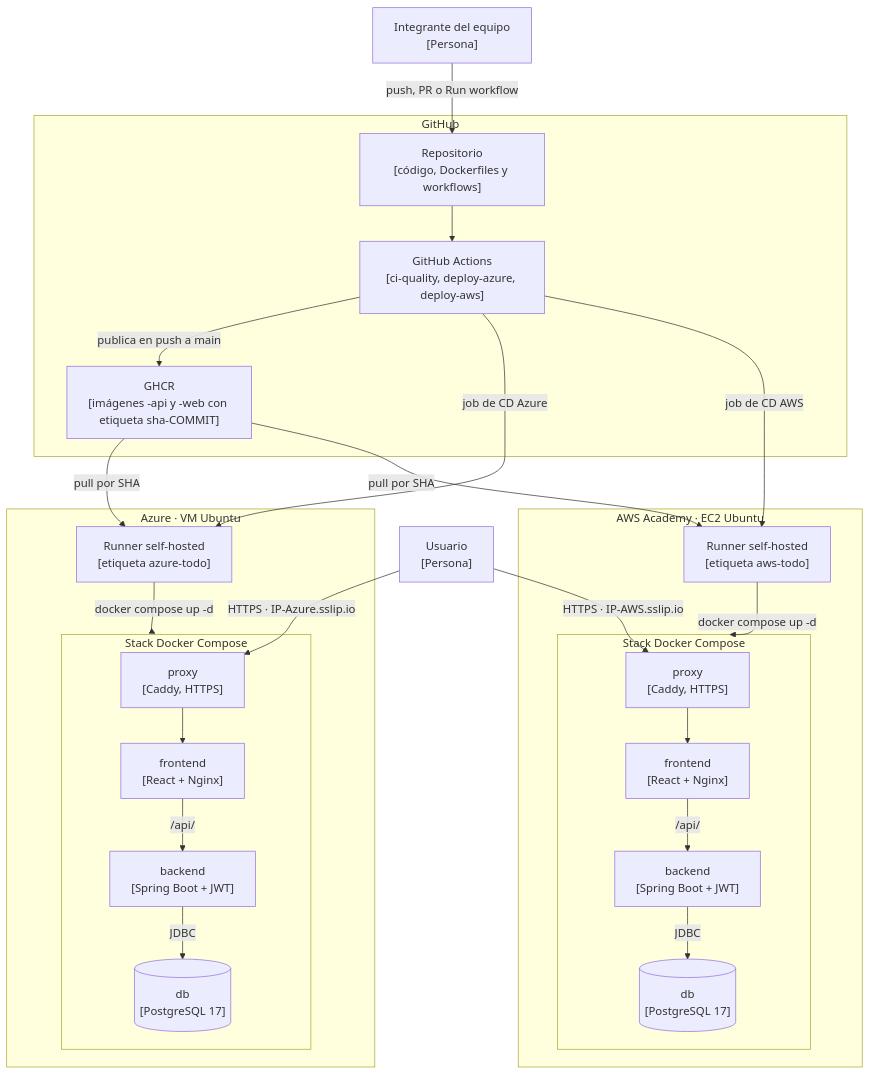
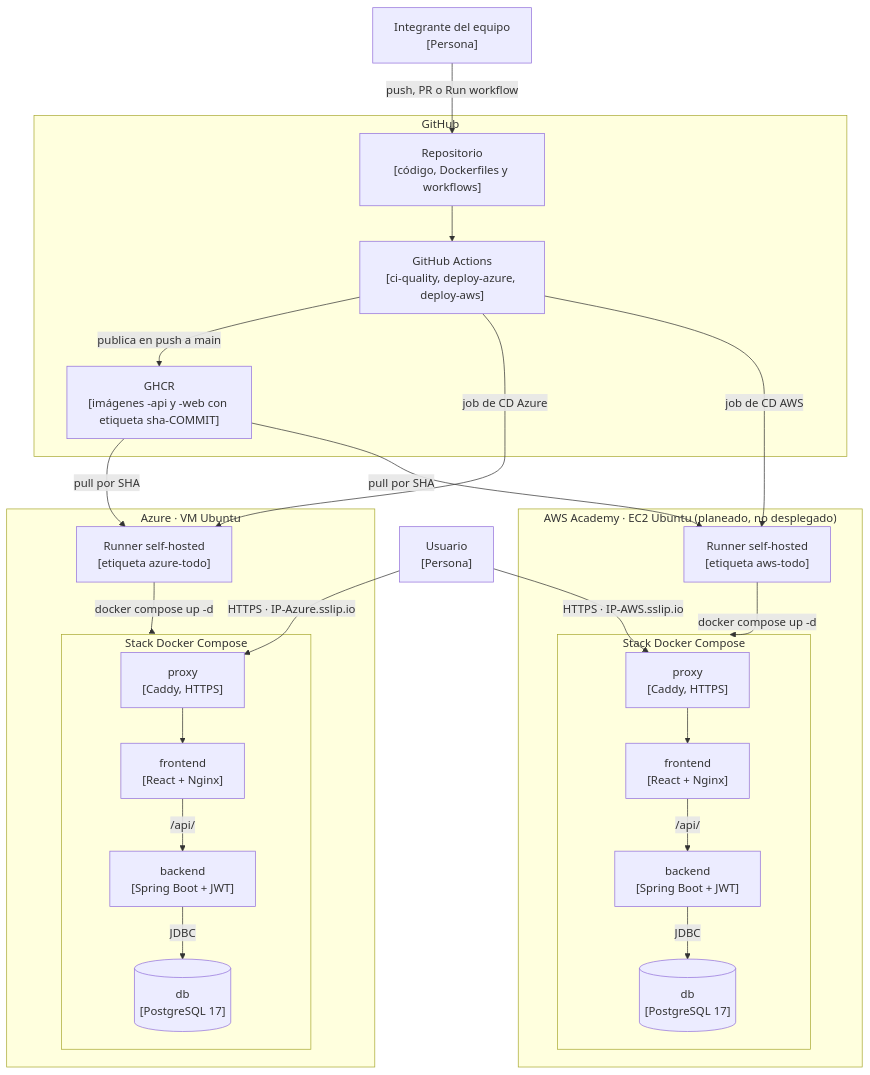
One commit to DOSW-2026-GAIA/DOSW_LAB7_Tovar_Solano_Rodriguez changed the ninth of 11 diagrams in README.md. Above: the diagram before and after it, drawn with Mermaid. The commit also changed other lines of this file and 1 other file, not shown here.

````diff
--- a/README.md
+++ b/README.md
@@ -676,50 +676,50 @@
 ```mermaid
 flowchart TB
     dev["Integrante del equipo<br/>[Persona]"]
     user["Usuario<br/>[Persona]"]
 
     subgraph gh["GitHub"]
         repo["Repositorio<br/>[código, Dockerfiles y workflows]"]
         actions["GitHub Actions<br/>[ci-quality, deploy-azure, deploy-aws]"]
         ghcr["GHCR<br/>[imágenes -api y -web con etiqueta sha-COMMIT]"]
     end
 
     subgraph az["Azure · VM Ubuntu"]
         azrunner["Runner self-hosted<br/>[etiqueta azure-todo]"]
         subgraph aznet["Stack Docker Compose"]
             azproxy["proxy<br/>[Caddy, HTTPS]"]
             azweb["frontend<br/>[React + Nginx]"]
             azapi["backend<br/>[Spring Boot + JWT]"]
             azdb[("db<br/>[PostgreSQL 17]")]
         end
     end
 
-    subgraph aws["AWS Academy · EC2 Ubuntu"]
+    subgraph aws["AWS Academy · EC2 Ubuntu (planeado, no desplegado)"]
         awsrunner["Runner self-hosted<br/>[etiqueta aws-todo]"]
         subgraph awsnet["Stack Docker Compose"]
             awsproxy["proxy<br/>[Caddy, HTTPS]"]
             awsweb["frontend<br/>[React + Nginx]"]
             awsapi["backend<br/>[Spring Boot + JWT]"]
             awsdb[("db<br/>[PostgreSQL 17]")]
         end
     end
 
     dev -->|"push, PR o Run workflow"| repo
     repo --> actions
     actions -->|"publica en push a main"| ghcr
     actions -->|"job de CD Azure"| azrunner
     actions -->|"job de CD AWS"| awsrunner
     ghcr -->|"pull por SHA"| azrunner
     ghcr -->|"pull por SHA"| awsrunner
     azrunner -->|"docker compose up -d"| aznet
     awsrunner -->|"docker compose up -d"| awsnet
 
     user -->|"HTTPS · IP-Azure.sslip.io"| azproxy
     user -->|"HTTPS · IP-AWS.sslip.io"| awsproxy
     azproxy --> azweb
     azweb -->|"/api/"| azapi
     azapi -->|"JDBC"| azdb
     awsproxy --> awsweb
     awsweb -->|"/api/"| awsapi
     awsapi -->|"JDBC"| awsdb
 ```
````
